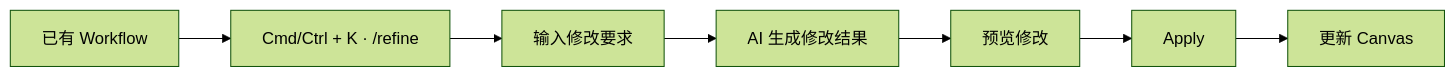
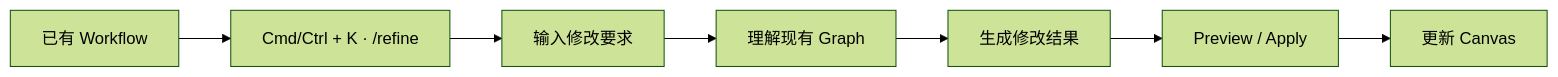
One commit to sgfd-ui/internship changed the third of 10 diagrams in weekly-report/dify-1.17-core-capabilities-research.md. Above: the diagram before and after it, drawn with Mermaid (forest theme). The commit also changed other lines of this file, not shown here.

````diff
--- a/weekly-report/dify-1.17-core-capabilities-research.md
+++ b/weekly-report/dify-1.17-core-capabilities-research.md
@@ -55,9 +101,9 @@
 ```mermaid
 flowchart LR
     A[已有 Workflow] --> B["Cmd/Ctrl + K · /refine"]
     B --> C[输入修改要求]
-    C --> D[AI 生成修改结果]
-    D --> E[预览修改]
-    E --> F[Apply]
+    C --> D[理解现有 Graph]
+    D --> E[生成修改结果]
+    E --> F[Preview / Apply]
     F --> G[更新 Canvas]
 ```
````
